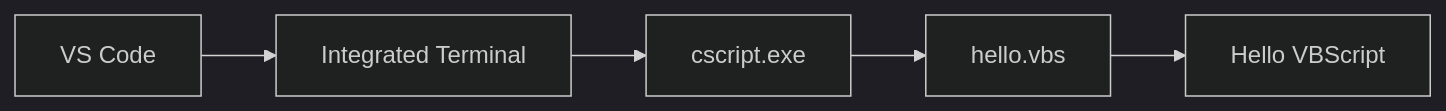
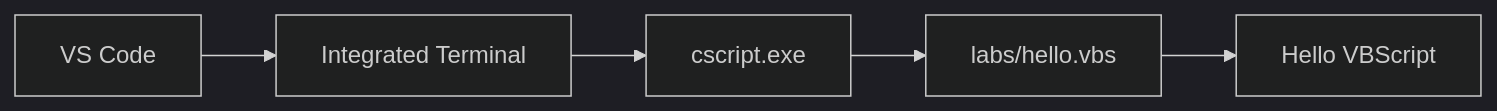
The second of 2 diagrams in docs/01_env/vscode_workspace_setup.md (Team-Microserver/vbscript-doc), drawn with Mermaid (dark theme) before and after one commit. The commit also changed other lines of this file and 9 other files, not shown here.

````diff
--- a/docs/01_env/vscode_workspace_setup.md
+++ b/docs/01_env/vscode_workspace_setup.md
@@ -171,7 +269,7 @@
 ```mermaid
 flowchart LR
     A[VS Code] --> B[Integrated Terminal]
     B --> C[cscript.exe]
-    C --> D[hello.vbs]
+    C --> D[labs/hello.vbs]
     D --> E[Hello VBScript]
 ```
````
